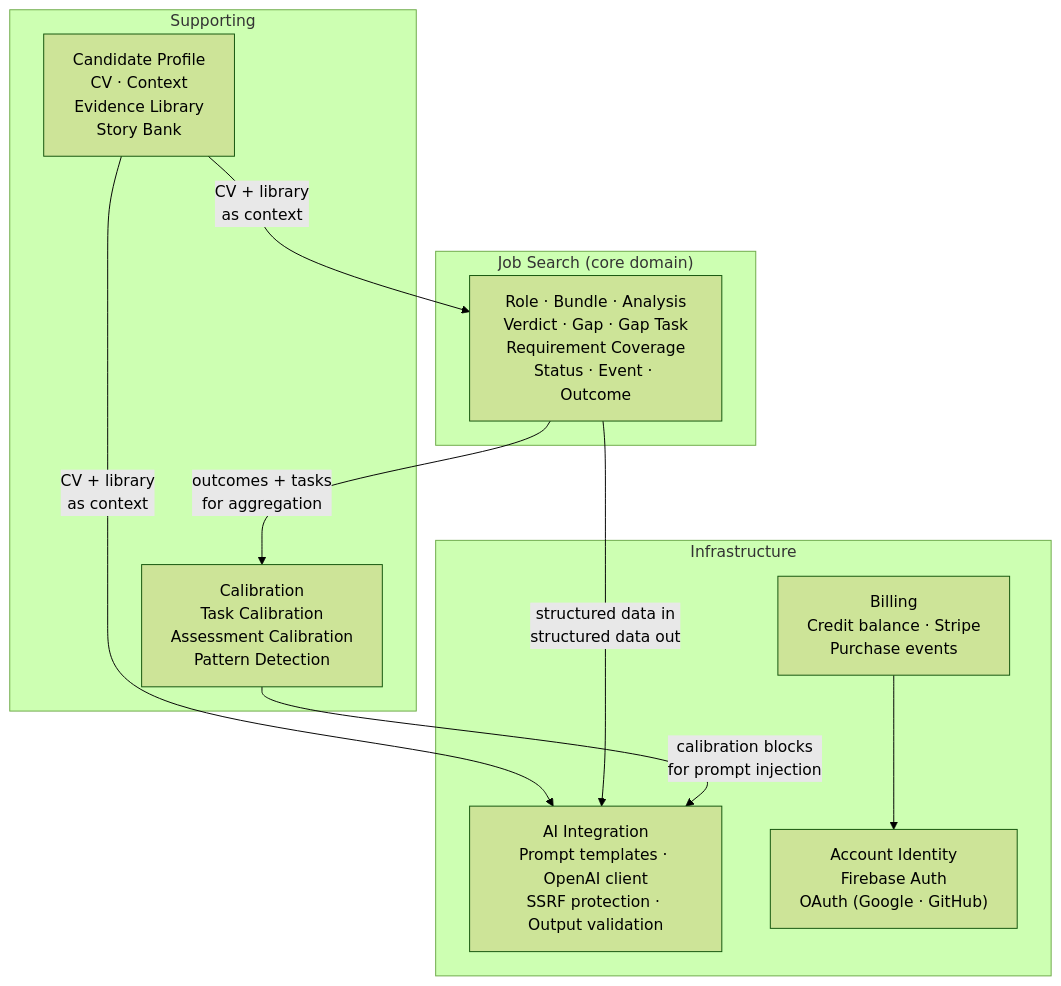
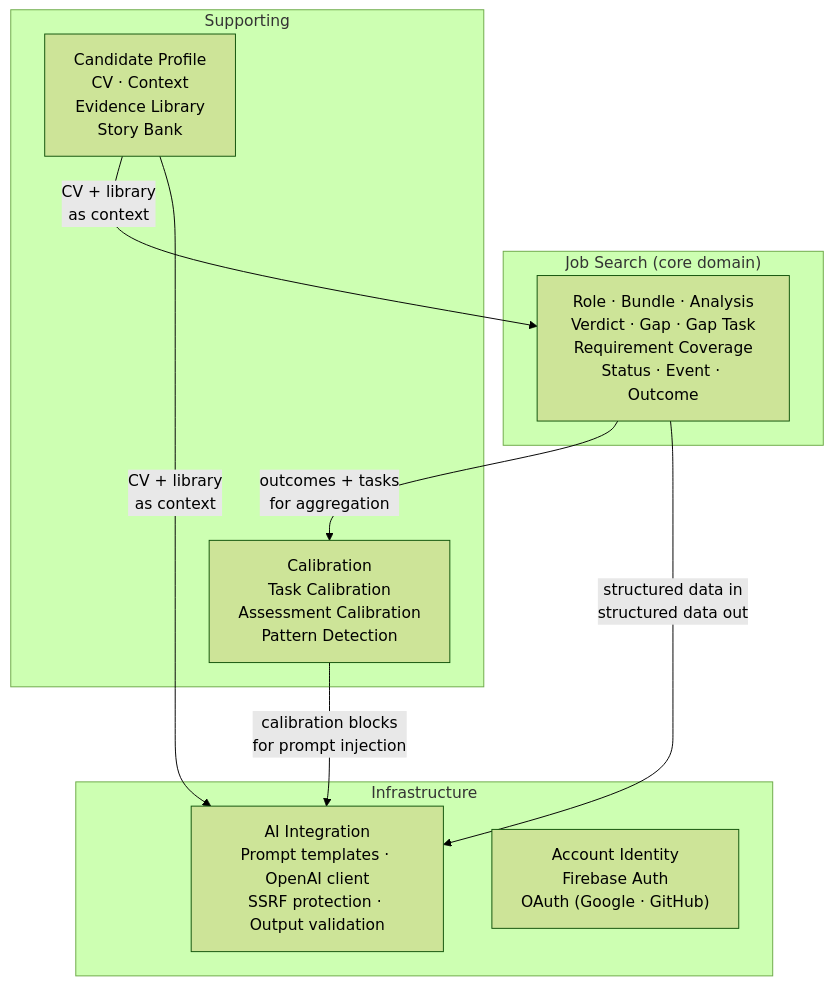
The diagram in docs/DOMAIN.md (mnohe/cvai), drawn with Mermaid (forest theme) before and after one commit. The commit also changed other lines of this file and 63 other files, not shown here.

````diff
--- a/docs/DOMAIN.md
+++ b/docs/DOMAIN.md
@@ -128,24 +122,22 @@
 ```mermaid
 graph TD
     subgraph Core ["Job Search (core domain)"]
         JS["Role · Bundle · Analysis\nVerdict · Gap · Gap Task\nRequirement Coverage\nStatus · Event · Outcome"]
     end
 
     subgraph Supporting
         CP["Candidate Profile\nCV · Context\nEvidence Library\nStory Bank"]
         CAL["Calibration\nTask Calibration\nAssessment Calibration\nPattern Detection"]
     end
 
     subgraph Infrastructure
         AI["AI Integration\nPrompt templates · OpenAI client\nSSRF protection · Output validation"]
-        BILL["Billing\nCredit balance · Stripe\nPurchase events"]
         ID["Account Identity\nFirebase Auth\nOAuth (Google · GitHub)"]
     end
 
     CP -->|"CV + library\nas context"| JS
     JS -->|"outcomes + tasks\nfor aggregation"| CAL
     CAL -->|"calibration blocks\nfor prompt injection"| AI
     JS -->|"structured data in\nstructured data out"| AI
     CP -->|"CV + library\nas context"| AI
-    BILL --> ID
 ```
````
